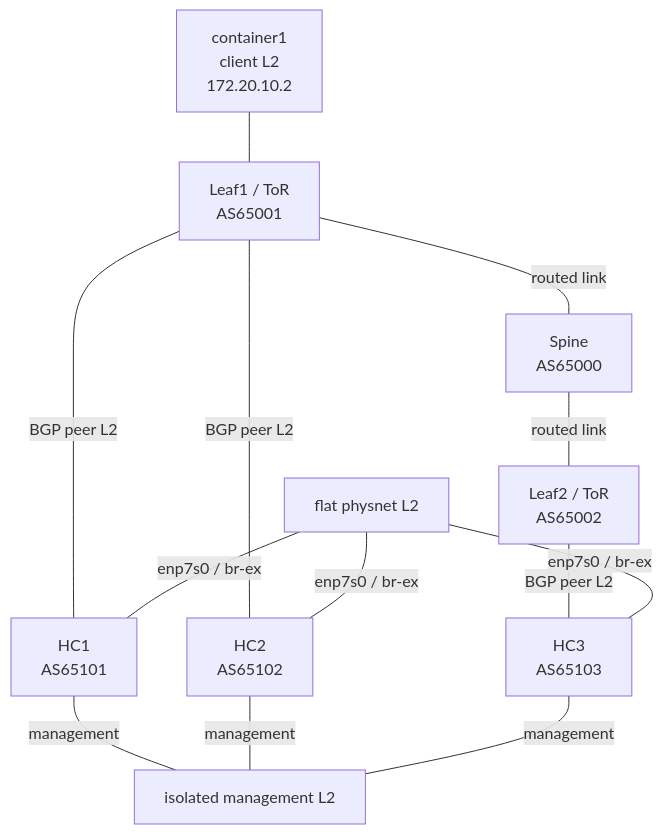
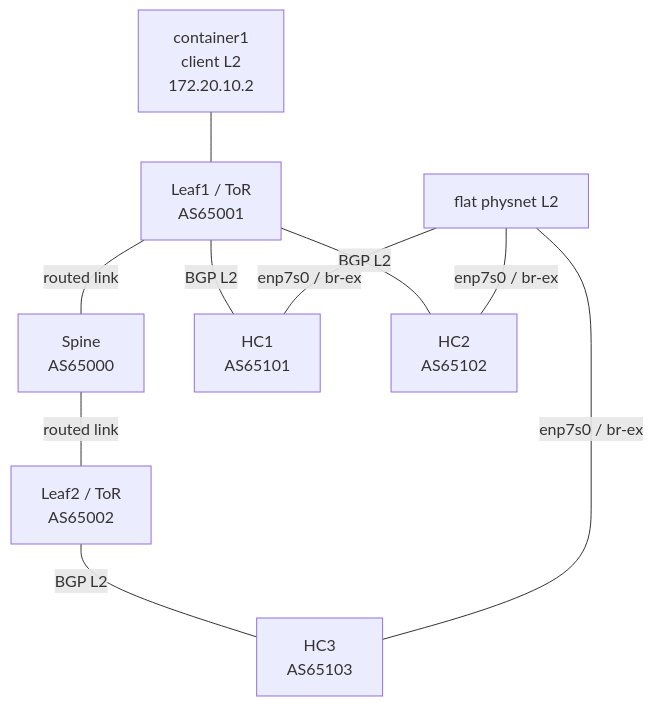
One commit to gboutry/tflab-bgp-o7k changed the diagram in README.md. Above: the diagram before and after it, drawn with Mermaid. The commit also changed other lines of this file and 3 other files, not shown here.

````diff
--- a/README.md
+++ b/README.md
@@ -9,15 +15,12 @@
 ```mermaid
 flowchart TB
   C[container1<br/>client L2<br/>172.20.10.2] --- L1[Leaf1 / ToR<br/>AS65001]
   L1 ---|routed link| S[Spine<br/>AS65000]
   S ---|routed link| L2[Leaf2 / ToR<br/>AS65002]
-  L1 ---|BGP peer L2| H1[HC1<br/>AS65101]
-  L1 ---|BGP peer L2| H2[HC2<br/>AS65102]
-  L2 ---|BGP peer L2| H3[HC3<br/>AS65103]
+  L1 ---|BGP L2| H1[HC1<br/>AS65101]
+  L1 ---|BGP L2| H2[HC2<br/>AS65102]
+  L2 ---|BGP L2| H3[HC3<br/>AS65103]
   P[flat physnet L2] ---|enp7s0 / br-ex| H1
   P ---|enp7s0 / br-ex| H2
   P ---|enp7s0 / br-ex| H3
-  H1 ---|management| M[isolated management L2]
-  H2 ---|management| M
-  H3 ---|management| M
 ```
````
